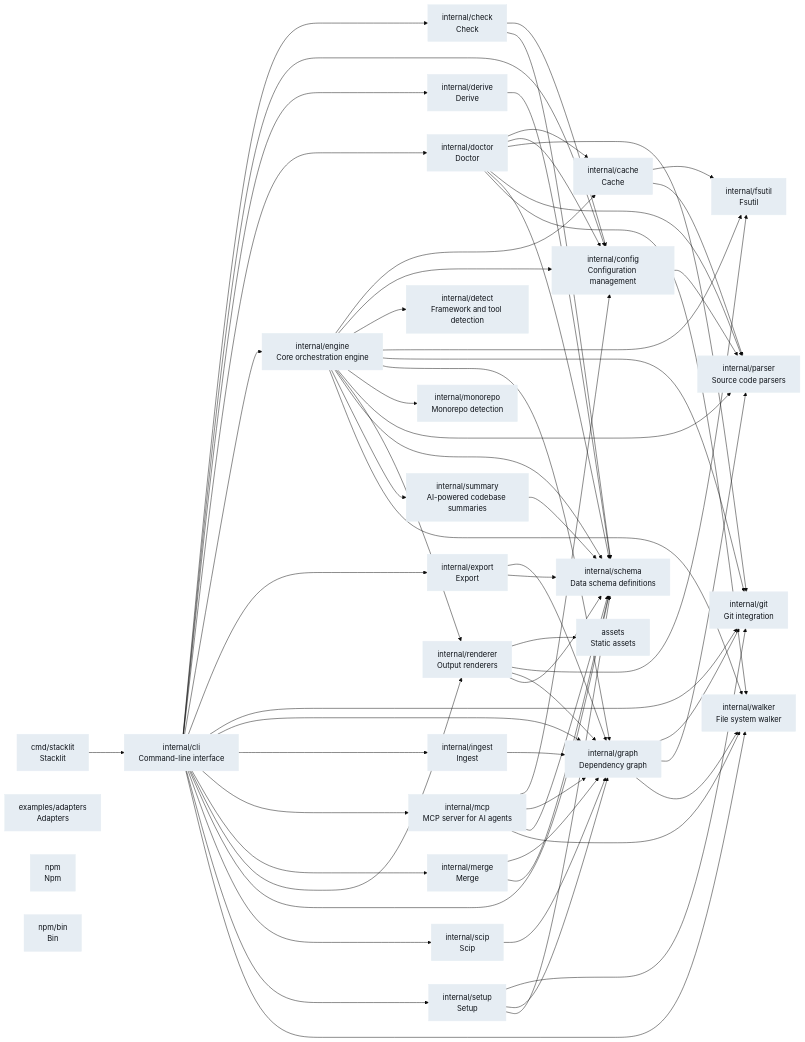
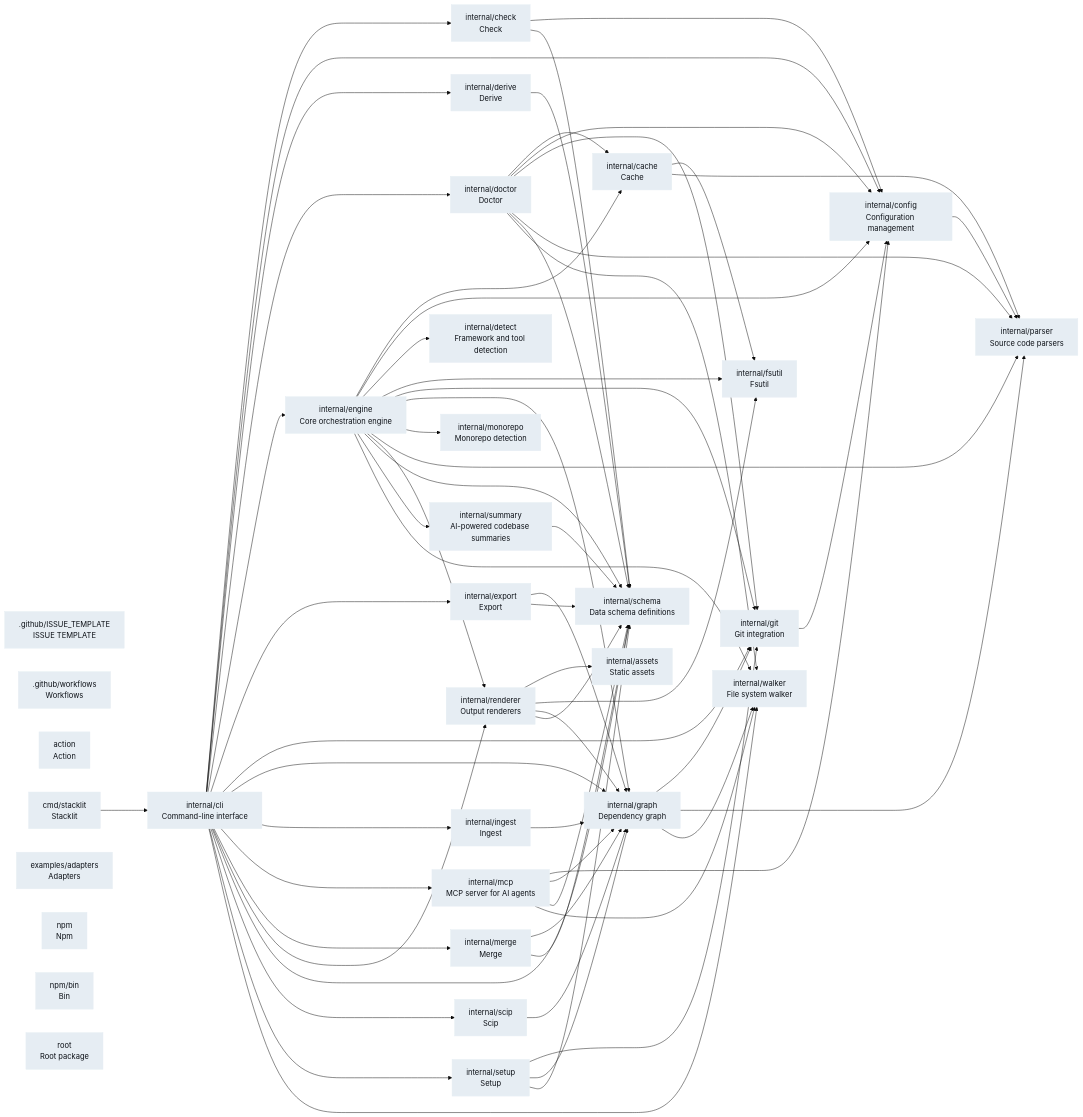
One commit to glincker/stacklit changed the diagram in docs/DEPENDENCIES.md. Above: the diagram before and after it, drawn with Mermaid (base theme). The commit also changed 1 other file, not shown here.

Commit message:
chore: update stacklit index

```diff
--- a/docs/DEPENDENCIES.md
+++ b/docs/DEPENDENCIES.md
@@ -19,9 +19,12 @@
   classDef scala fill:#8b949e,color:#0d1117,stroke:#8b949e
   classDef swift fill:#8b949e,color:#0d1117,stroke:#8b949e
   classDef typescript fill:#c9d1d9,color:#0d1117,stroke:#c9d1d9
-  assets["assets<br/>Static assets"]:::go
+  github_ISSUE_TEMPLATE[".github/ISSUE_TEMPLATE<br/>ISSUE TEMPLATE"]:::go
+  github_workflows[".github/workflows<br/>Workflows"]:::go
+  action["action<br/>Action"]:::go
   cmd_stacklit["cmd/stacklit<br/>Stacklit"]:::go
   examples_adapters["examples/adapters<br/>Adapters"]:::go
+  internal_assets["internal/assets<br/>Static assets"]:::go
   internal_cache["internal/cache<br/>Cache"]:::go
   internal_check["internal/check<br/>Check"]:::go
   internal_cli["internal/cli<br/>Command-line interface"]:::go
@@ -47,6 +50,7 @@
   internal_walker["internal/walker<br/>File system walker"]:::go
   npm["npm<br/>Npm"]:::go
   npm_bin["npm/bin<br/>Bin"]:::go
+  root["root<br/>Root package"]:::go
   cmd_stacklit --> internal_cli
   internal_cache --> internal_fsutil
   internal_cache --> internal_parser
@@ -90,6 +94,7 @@
   internal_engine --> internal_walker
   internal_export --> internal_graph
   internal_export --> internal_schema
+  internal_git --> internal_config
   internal_graph --> internal_git
   internal_graph --> internal_parser
   internal_graph --> internal_walker
@@ -100,7 +105,7 @@
   internal_mcp --> internal_walker
   internal_merge --> internal_graph
   internal_merge --> internal_schema
-  internal_renderer --> assets
+  internal_renderer --> internal_assets
   internal_renderer --> internal_fsutil
   internal_renderer --> internal_graph
   internal_renderer --> internal_schema
```
